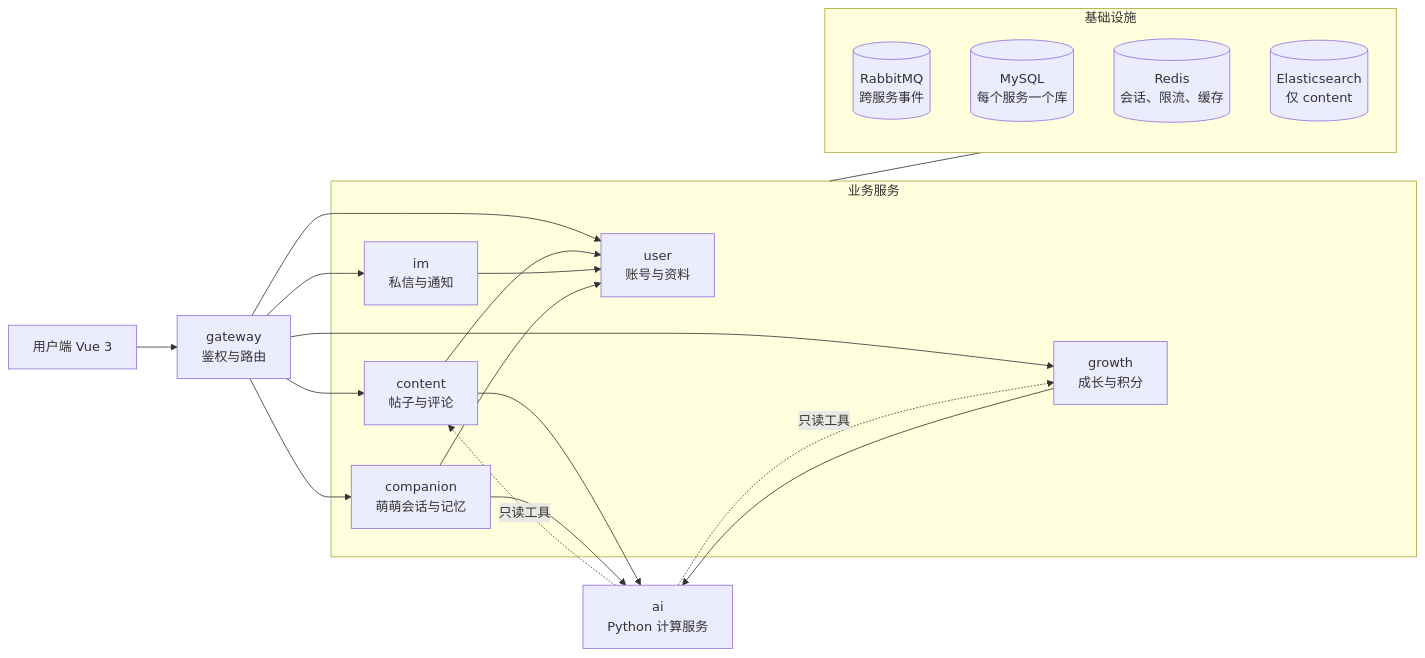
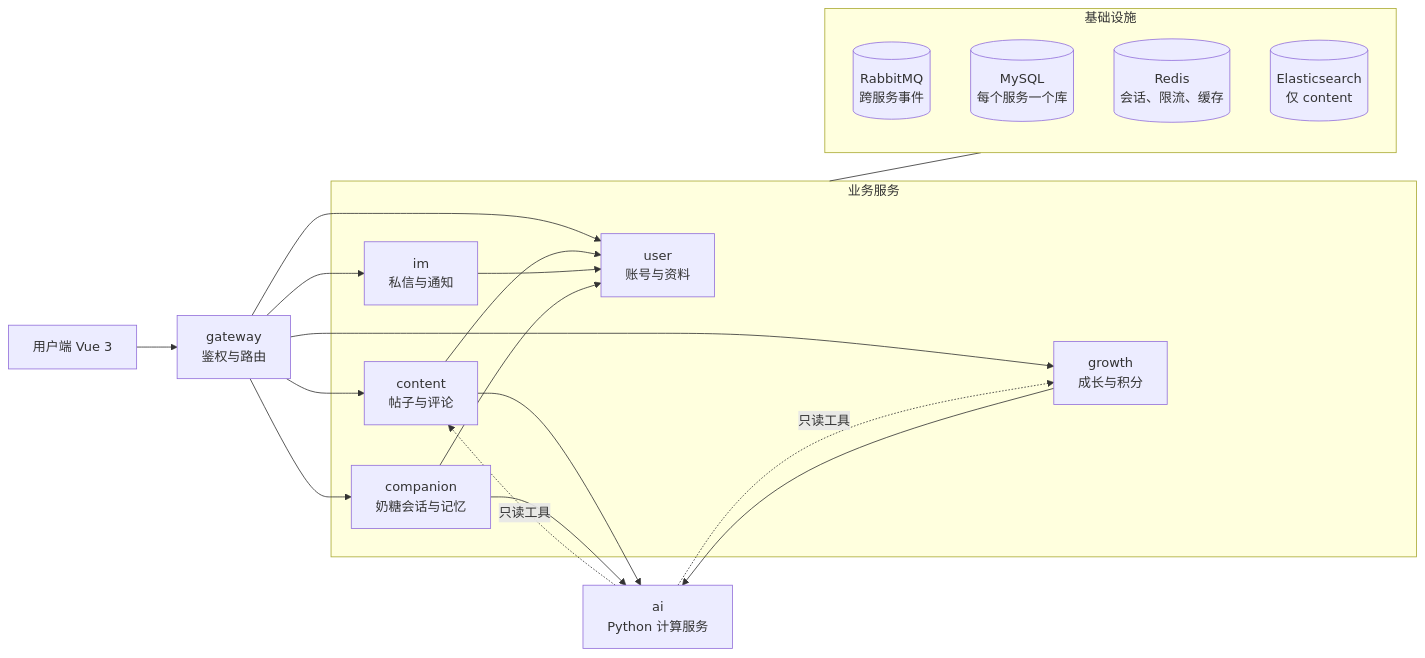
Before and after one commit to pluchon/meng_center: the third of 5 diagrams in README.md, drawn with Mermaid. The commit also changed other lines of this file and 10 other files, not shown here.

````diff
--- a/README.md
+++ b/README.md
@@ -114,33 +104,33 @@
 ```mermaid
 flowchart LR
     FE[用户端 Vue 3] --> GW[gateway<br/>鉴权与路由]
 
     subgraph 业务服务
         USER[user<br/>账号与资料]
         CONTENT[content<br/>帖子与评论]
         GROWTH[growth<br/>成长与积分]
         IM[im<br/>私信与通知]
-        COMP[companion<br/>萌萌会话与记忆]
+        COMP[companion<br/>奶糖会话与记忆]
     end
 
     GW --> USER & CONTENT & GROWTH & IM & COMP
 
     CONTENT --> USER
     IM --> USER
     COMP --> USER
 
     CONTENT --> AI[ai<br/>Python 计算服务]
     GROWTH --> AI
     COMP --> AI
     AI -. 只读工具 .-> CONTENT
     AI -. 只读工具 .-> GROWTH
 
     subgraph 基础设施
         MQ[(RabbitMQ<br/>跨服务事件)]
         DB[(MySQL<br/>每个服务一个库)]
         RD[(Redis<br/>会话、限流、缓存)]
         ES[(Elasticsearch<br/>仅 content)]
     end
 
     业务服务 --- 基础设施
 ```
````
